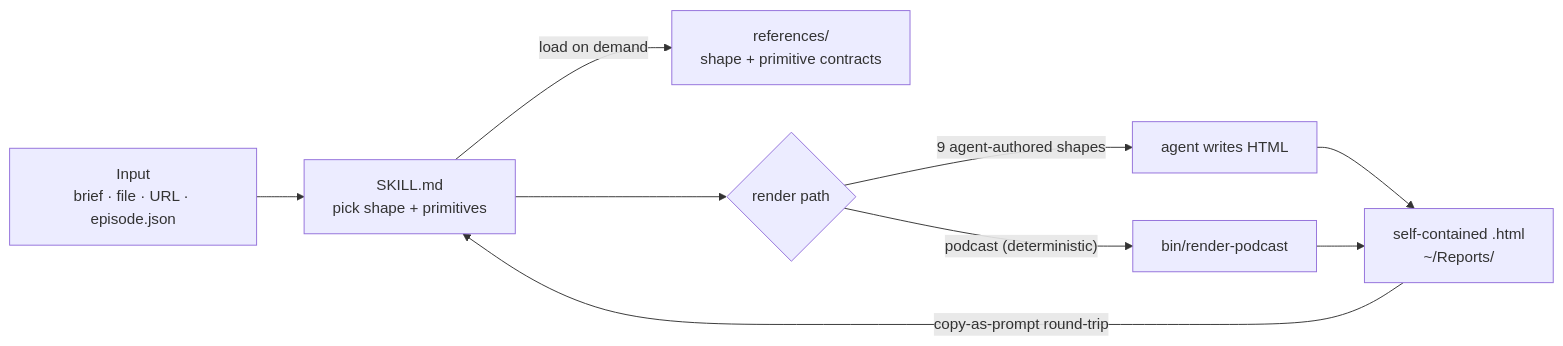
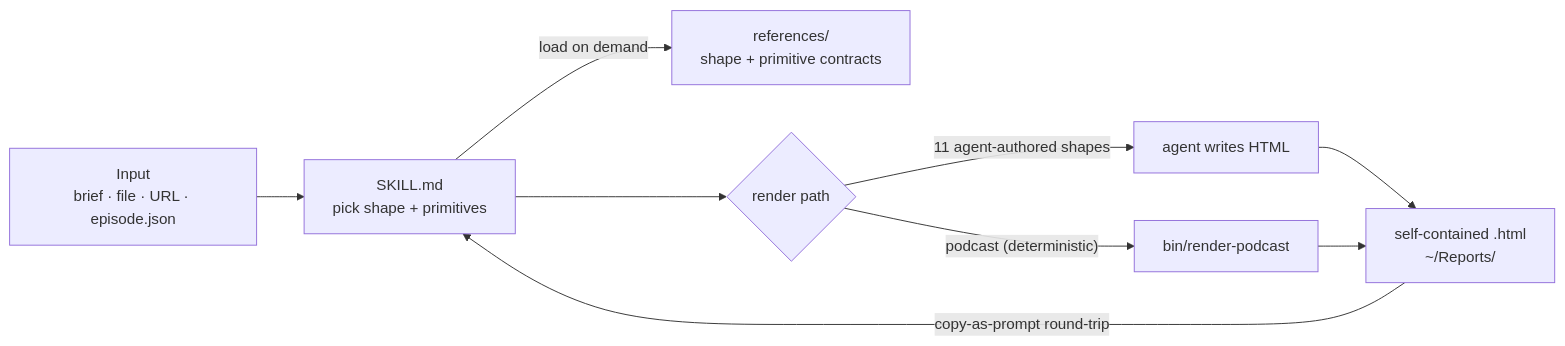
Before and after one commit to twidtwid/render-as-html: the diagram in README.md, drawn with Mermaid. The commit also changed other lines of this file and 18 other files, not shown here.

````diff
--- a/README.md
+++ b/README.md
@@ -46,11 +46,11 @@
 ```mermaid
 flowchart LR
     IN["Input<br/>brief · file · URL · episode.json"] --> SK["SKILL.md<br/>pick shape + primitives"]
     SK -->|"load on demand"| REF["references/<br/>shape + primitive contracts"]
     SK --> R{"render path"}
-    R -->|"9 agent-authored shapes"| AG["agent writes HTML"]
+    R -->|"11 agent-authored shapes"| AG["agent writes HTML"]
     R -->|"podcast (deterministic)"| CLI["bin/render-podcast"]
     AG --> OUT["self-contained .html<br/>~/Reports/"]
     CLI --> OUT
     OUT -->|"copy-as-prompt round-trip"| SK
 ```
````
